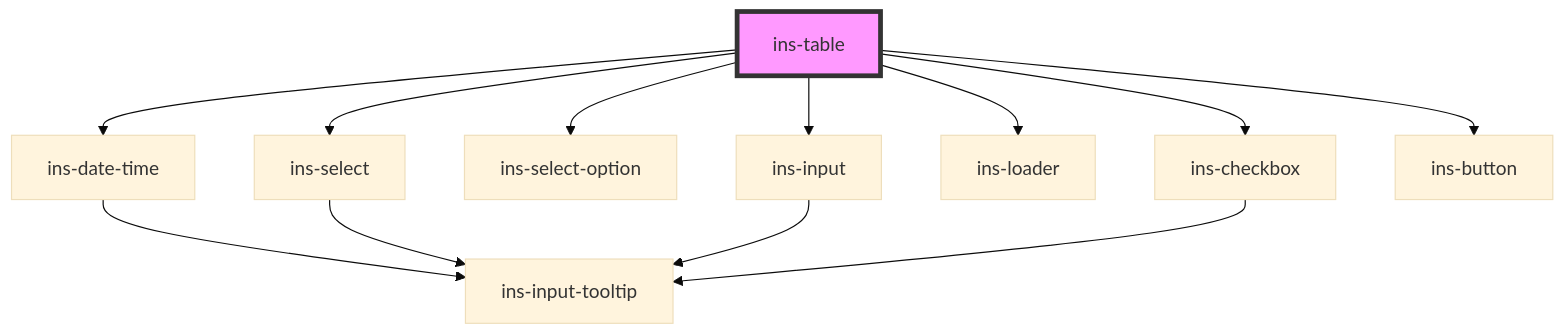
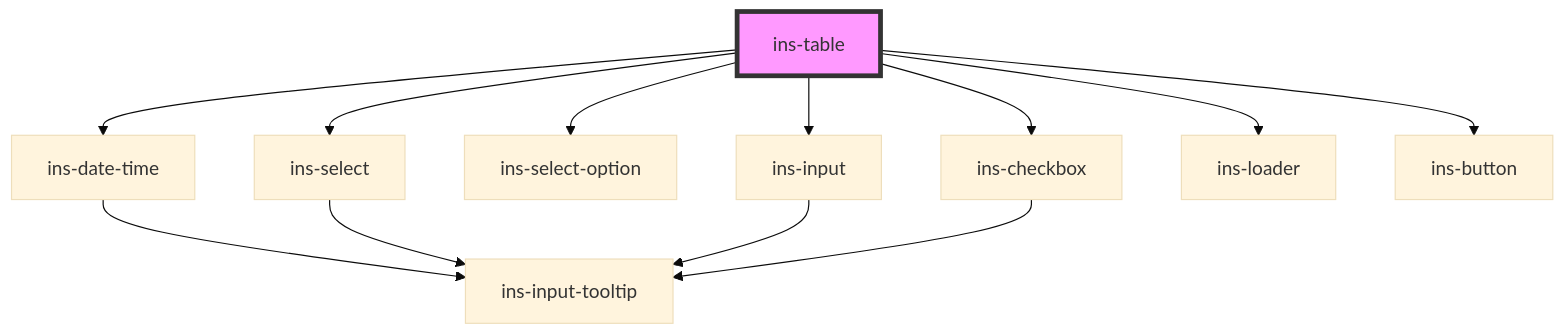
Before and after one commit to insites-io/insites-components-v2: the diagram in components/src/components/ins-table/readme.md, drawn with Mermaid (base theme). The commit also changed other lines of this file and 2 other files, not shown here.

````diff
--- a/components/src/components/ins-table/readme.md
+++ b/components/src/components/ins-table/readme.md
@@ -103,15 +103,15 @@
 ```mermaid
 graph TD;
   ins-table --> ins-date-time
   ins-table --> ins-select
   ins-table --> ins-select-option
   ins-table --> ins-input
+  ins-table --> ins-checkbox
   ins-table --> ins-loader
-  ins-table --> ins-checkbox
   ins-table --> ins-button
   ins-date-time --> ins-input-tooltip
   ins-select --> ins-input-tooltip
   ins-input --> ins-input-tooltip
   ins-checkbox --> ins-input-tooltip
   style ins-table fill:#f9f,stroke:#333,stroke-width:4px
 ```
````
